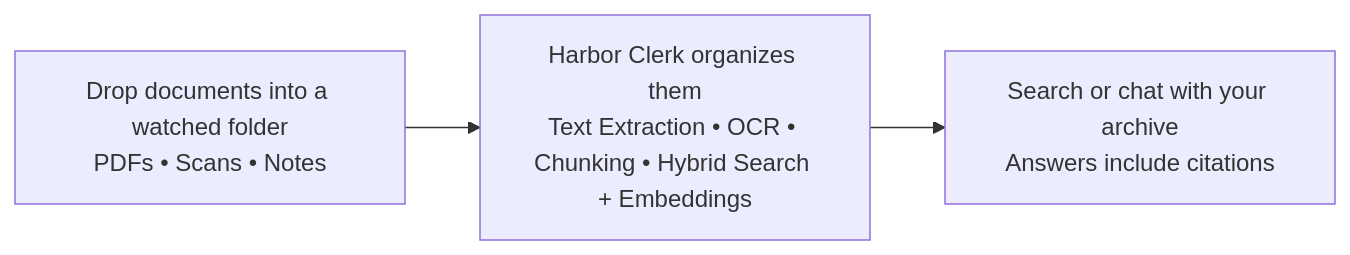
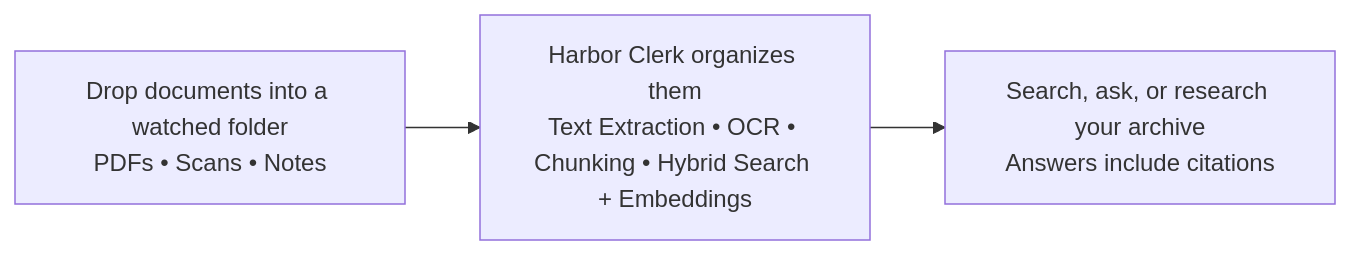
The first of 3 diagrams in README.md (r0shi/harborclerk), drawn with Mermaid before and after one commit. The commit also changed other lines of this file and 3 other files, not shown here.

````diff
--- a/README.md
+++ b/README.md
@@ -33,7 +33,7 @@
 ```mermaid
 graph LR
     docs["Drop documents into a watched folder<br/>PDFs • Scans • Notes"]
     process["Harbor Clerk organizes them<br/>Text Extraction • OCR • Chunking • Hybrid Search + Embeddings"]
-    ask["Search or chat with your archive<br/>Answers include citations"]
+    ask["Search, ask, or research your archive<br/>Answers include citations"]
     docs --> process --> ask
 ```
````
